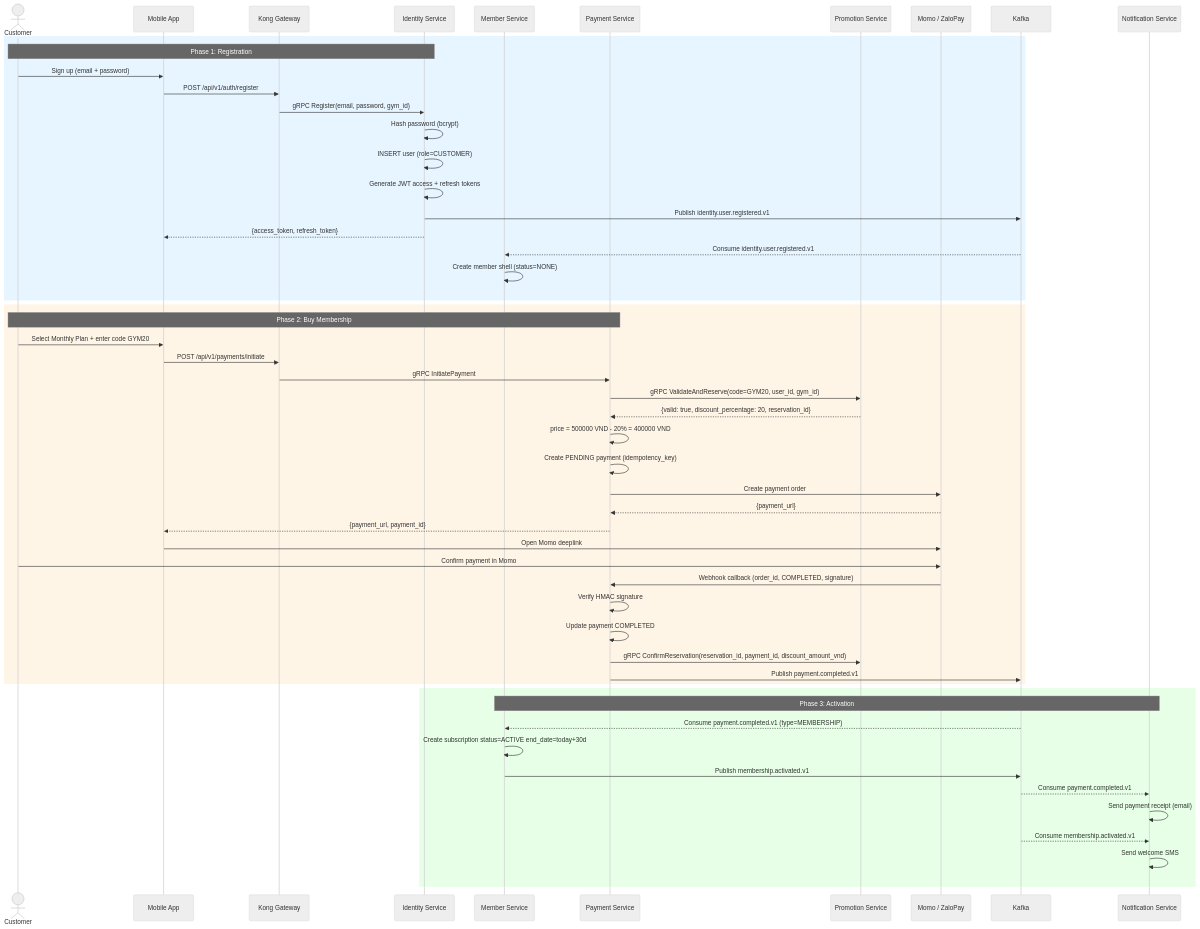
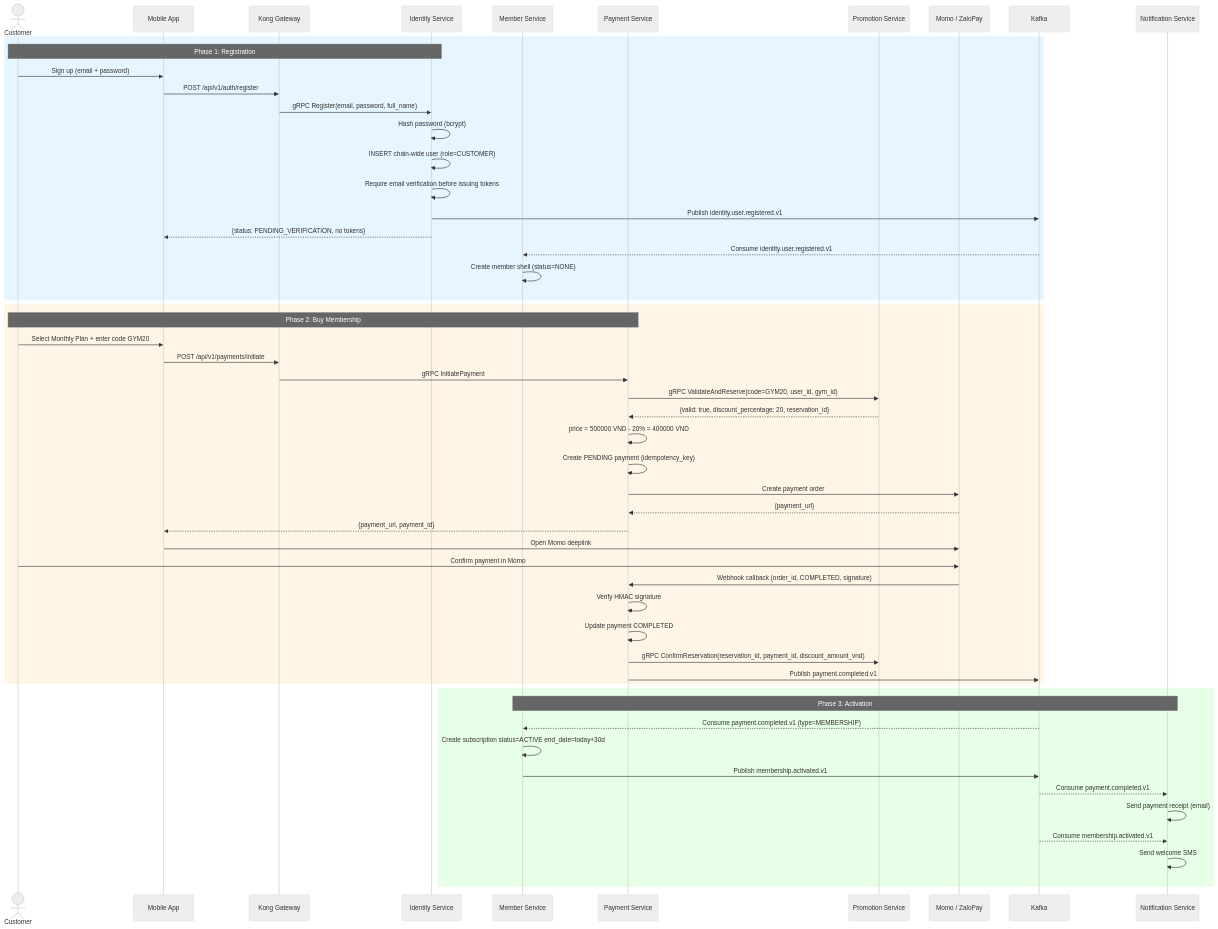
Before and after one commit to pploc/gym-architect: the fourth of 15 diagrams in flows/01-business-flows.md, drawn with Mermaid (neutral theme). The commit also changed other lines of this file and 8 other files, not shown here.

````diff
--- a/flows/01-business-flows.md
+++ b/flows/01-business-flows.md
@@ -100,64 +94,64 @@
 ```mermaid
 sequenceDiagram
     actor C as Customer
     participant APP as Mobile App
     participant K as Kong Gateway
     participant IS as Identity Service
     participant MS as Member Service
     participant PS as Payment Service
     participant PRS as Promotion Service
     participant PP as Momo / ZaloPay
     participant KF as Kafka
     participant NS as Notification Service
 
     rect rgb(230, 245, 255)
     Note over C,IS: Phase 1: Registration
     C->>APP: Sign up (email + password)
     APP->>K: POST /api/v1/auth/register
-    K->>IS: gRPC Register(email, password, gym_id)
+    K->>IS: gRPC Register(email, password, full_name)
     IS->>IS: Hash password (bcrypt)
-    IS->>IS: INSERT user (role=CUSTOMER)
-    IS->>IS: Generate JWT access + refresh tokens
+    IS->>IS: INSERT chain-wide user (role=CUSTOMER)
+    IS->>IS: Require email verification before issuing tokens
     IS->>KF: Publish identity.user.registered.v1
-    IS-->>APP: {access_token, refresh_token}
+    IS-->>APP: {status: PENDING_VERIFICATION, no tokens}
     KF-->>MS: Consume identity.user.registered.v1
     MS->>MS: Create member shell (status=NONE)
     end
 
     rect rgb(255, 245, 230)
     Note over C,PS: Phase 2: Buy Membership
     C->>APP: Select Monthly Plan + enter code GYM20
     APP->>K: POST /api/v1/payments/initiate
     K->>PS: gRPC InitiatePayment
 
     PS->>PRS: gRPC ValidateAndReserve(code=GYM20, user_id, gym_id)
     PRS-->>PS: {valid: true, discount_percentage: 20, reservation_id}
     PS->>PS: price = 500000 VND - 20% = 400000 VND
 
     PS->>PS: Create PENDING payment (idempotency_key)
     PS->>PP: Create payment order
     PP-->>PS: {payment_url}
     PS-->>APP: {payment_url, payment_id}
 
     APP->>PP: Open Momo deeplink
     C->>PP: Confirm payment in Momo
     PP->>PS: Webhook callback (order_id, COMPLETED, signature)
     PS->>PS: Verify HMAC signature
     PS->>PS: Update payment COMPLETED
     PS->>PRS: gRPC ConfirmReservation(reservation_id, payment_id, discount_amount_vnd)
     PS->>KF: Publish payment.completed.v1
     end
 
     rect rgb(230, 255, 230)
     Note over MS,NS: Phase 3: Activation
     KF-->>MS: Consume payment.completed.v1 (type=MEMBERSHIP)
     MS->>MS: Create subscription status=ACTIVE end_date=today+30d
     MS->>KF: Publish membership.activated.v1
 
     KF-->>NS: Consume payment.completed.v1
     NS->>NS: Send payment receipt (email)
 
     KF-->>NS: Consume membership.activated.v1
     NS->>NS: Send welcome SMS
     end
 ```
````
